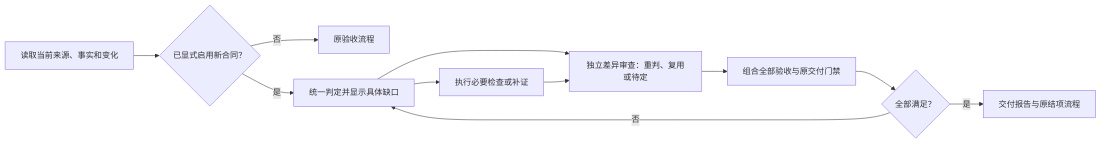
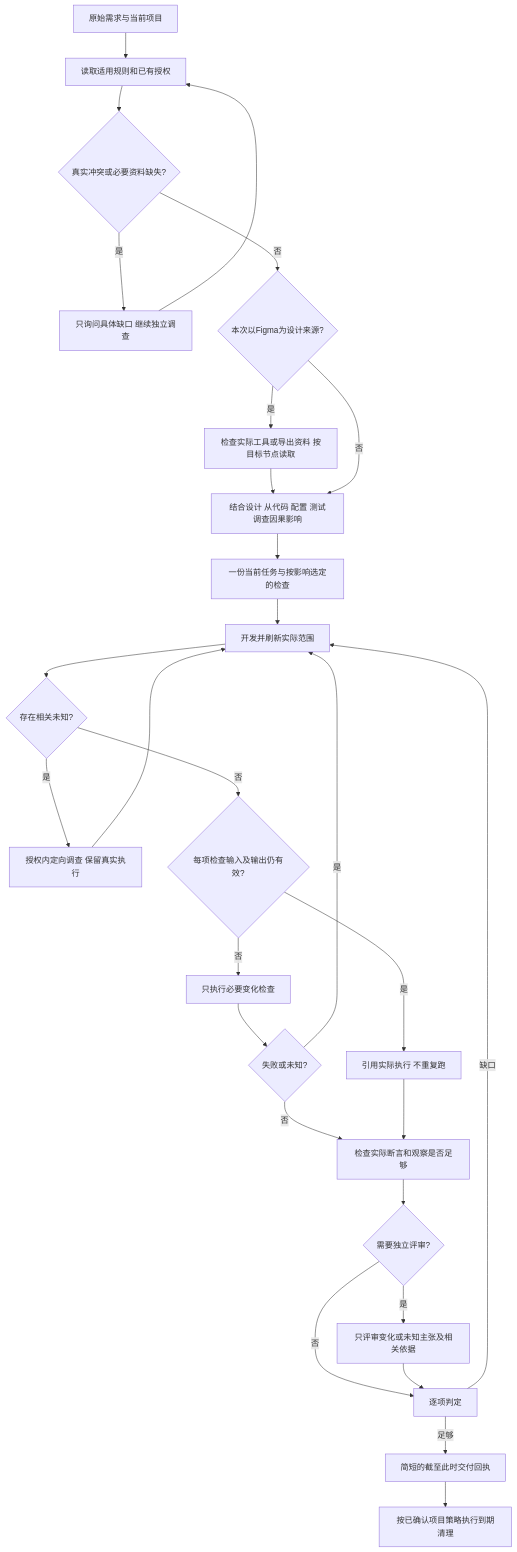
Before and after one commit to P3rryW4ng/featrace-dev: the diagram in docs/usage.md, drawn with Mermaid. The commit also changed other lines of this file and 1518 other files, not shown here.

````diff
--- a/docs/usage.md
+++ b/docs/usage.md
@@ -91,13 +9,30 @@
 ```mermaid
-flowchart LR
-  A[读取当前来源、事实和变化] --> B{已显式启用新合同？}
-  B -->|否| C[原验收流程]
-  B -->|是| D[统一判定并显示具体缺口]
-  D --> E[执行必要检查或补证]
-  D --> F[独立差异审查：重判、复用或待定]
-  E --> F
-  F --> G[组合全部验收与原交付门禁]
-  G --> H{全部满足？}
-  H -->|否| D
-  H -->|是| I[交付报告与原结项流程]
+flowchart TD
+ A[原始需求与当前项目] --> B[读取适用规则和已有授权]
+ B --> C{真实冲突或必要资料缺失?}
+ C -->|是| D[只询问具体缺口 继续独立调查]
+ D --> B
+ C -->|否| S{本次以Figma为设计来源?}
+ S -->|是| T[检查实际工具或导出资料 按目标节点读取]
+ T --> E[结合设计 从代码 配置 测试调查因果影响]
+ S -->|否| E
+ E --> F[一份当前任务与按影响选定的检查]
+ F --> G[开发并刷新实际范围]
+ G --> U{存在相关未知?}
+ U -->|是| V[授权内定向调查 保留真实执行]
+ V --> G
+ U -->|否| H{每项检查输入及输出仍有效?}
+ H -->|是| I[引用实际执行 不重复跑]
+ H -->|否| J[只执行必要变化检查]
+ J --> K{失败或未知?}
+ K -->|是| G
+ K -->|否| L[检查实际断言和观察是否足够]
+ I --> L
+ L --> M{需要独立评审?}
+ M -->|是| N[只评审变化或未知主张及相关依据]
+ M -->|否| O[逐项判定]
+ N --> O
+ O -->|缺口| G
+ O -->|足够| P[简短的截至此时交付回执]
+ P --> Q[按已确认项目策略执行到期清理]
 ```
````
